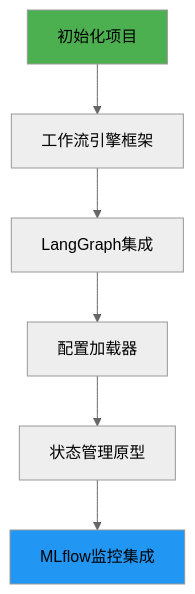
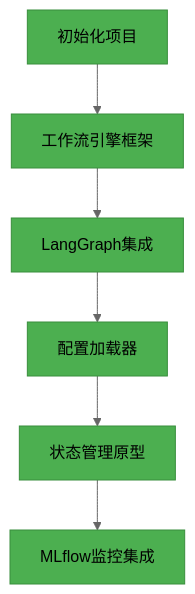
One commit to AlanHootman/ppt_assistant changed the first of 4 diagrams in docs/plan/开发计划.md. Above: the diagram before and after it, drawn with Mermaid (neutral theme). The commit also changed other lines of this file, not shown here.

````diff
--- a/docs/plan/开发计划.md
+++ b/docs/plan/开发计划.md
@@ -8,11 +8,15 @@
 ```mermaid
 graph TD
     A[初始化项目] --> B[工作流引擎框架]
     B --> C[LangGraph集成]
     C --> D[配置加载器]
     D --> E[状态管理原型]
     E --> F[MLflow监控集成]
     
-    style A fill:#4CAF50
-    style F fill:#2196F3
+    style A fill:#4CAF50,stroke:#388E3C
+    style B fill:#4CAF50,stroke:#388E3C
+    style C fill:#4CAF50,stroke:#388E3C
+    style D fill:#4CAF50,stroke:#388E3C
+    style E fill:#4CAF50,stroke:#388E3C
+    style F fill:#4CAF50,stroke:#388E3C
 ```
````
